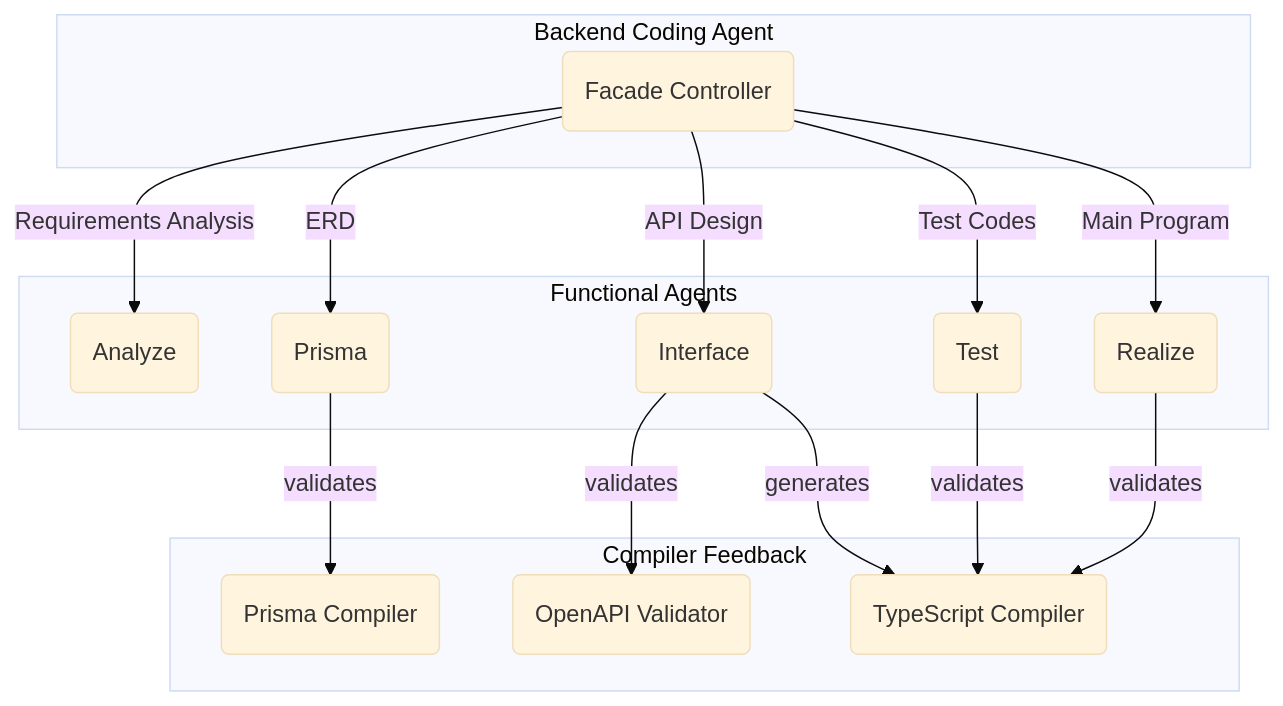
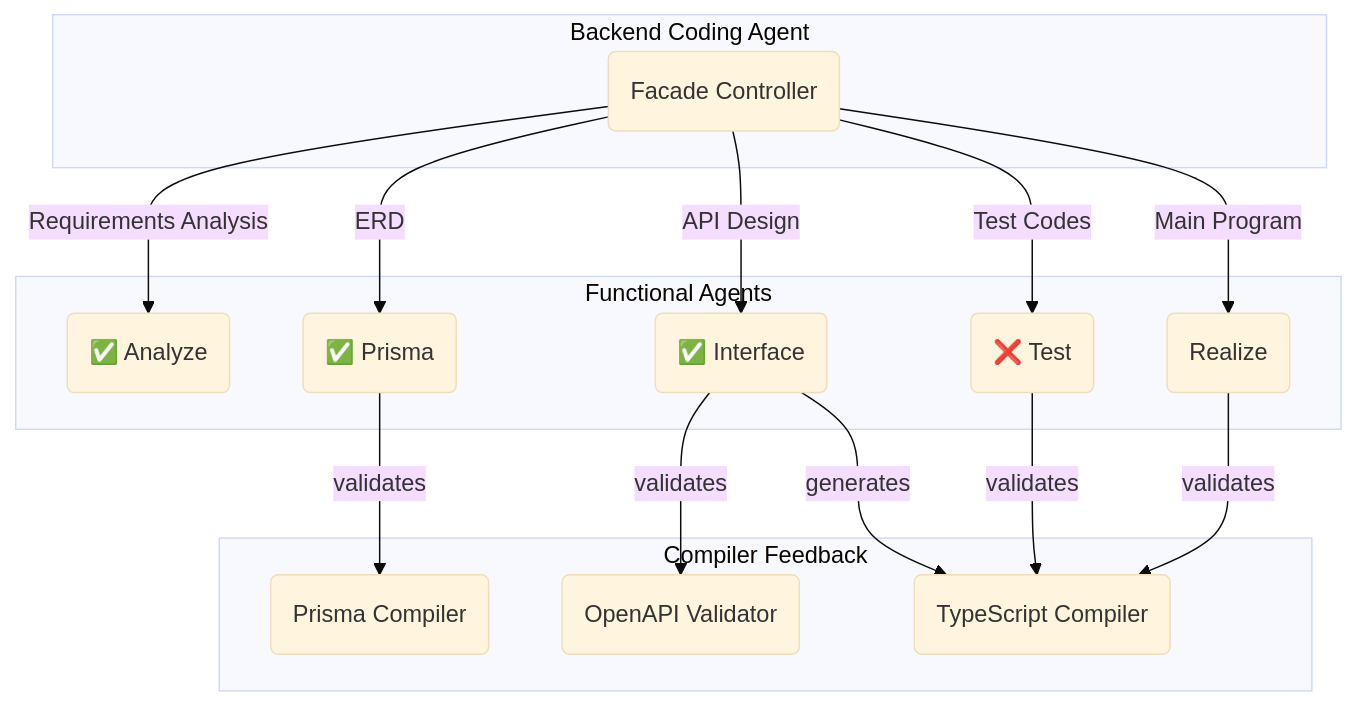
One commit to wrtnlabs/autobe-examples changed the diagram in openai/gpt-5.1/shopping/README.md. Above: the diagram before and after it, drawn with Mermaid (base theme). The commit also changed other lines of this file and 557 other files, not shown here.

````diff
--- a/openai/gpt-5.1/shopping/README.md
+++ b/openai/gpt-5.1/shopping/README.md
@@ -14,20 +14,20 @@
 ```mermaid
 flowchart
 subgraph "Backend Coding Agent"
   coder("Facade Controller")
 end
 subgraph "Functional Agents"
-  coder --"Requirements Analysis"--> analyze("Analyze")
-  coder --"ERD"--> prisma("Prisma")
-  coder --"API Design"--> interface("Interface")
-  coder --"Test Codes" --> test("Test")
-  coder --"Main Program" --> realize("Realize")
+  coder --"Requirements Analysis"--> analyze("✅ Analyze")
+  coder --"ERD"--> prisma("✅ Prisma")
+  coder --"API Design"--> interface("✅ Interface")
+  coder --"Test Codes" --> test("❌ Test")
+  coder --"Main Program" --> realize(" Realize")
 end
 subgraph "Compiler Feedback"
   prisma --"validates" --> prismaCompiler("Prisma Compiler")
   interface --"validates" --> openapiValidator("OpenAPI Validator")
   interface --"generates" --> tsCompiler("TypeScript Compiler")
   test --"validates" --> tsCompiler("TypeScript Compiler")
   realize --"validates" --> tsCompiler("TypeScript Compiler")
 end
 ```
````
